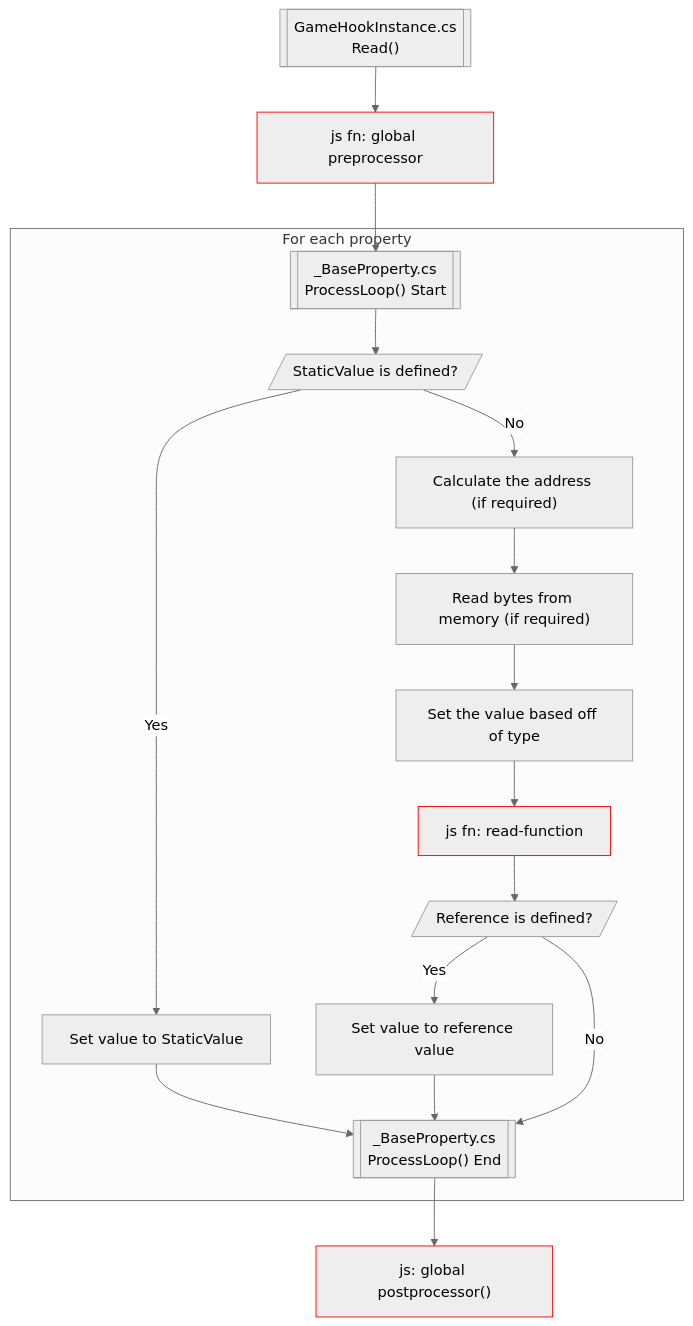
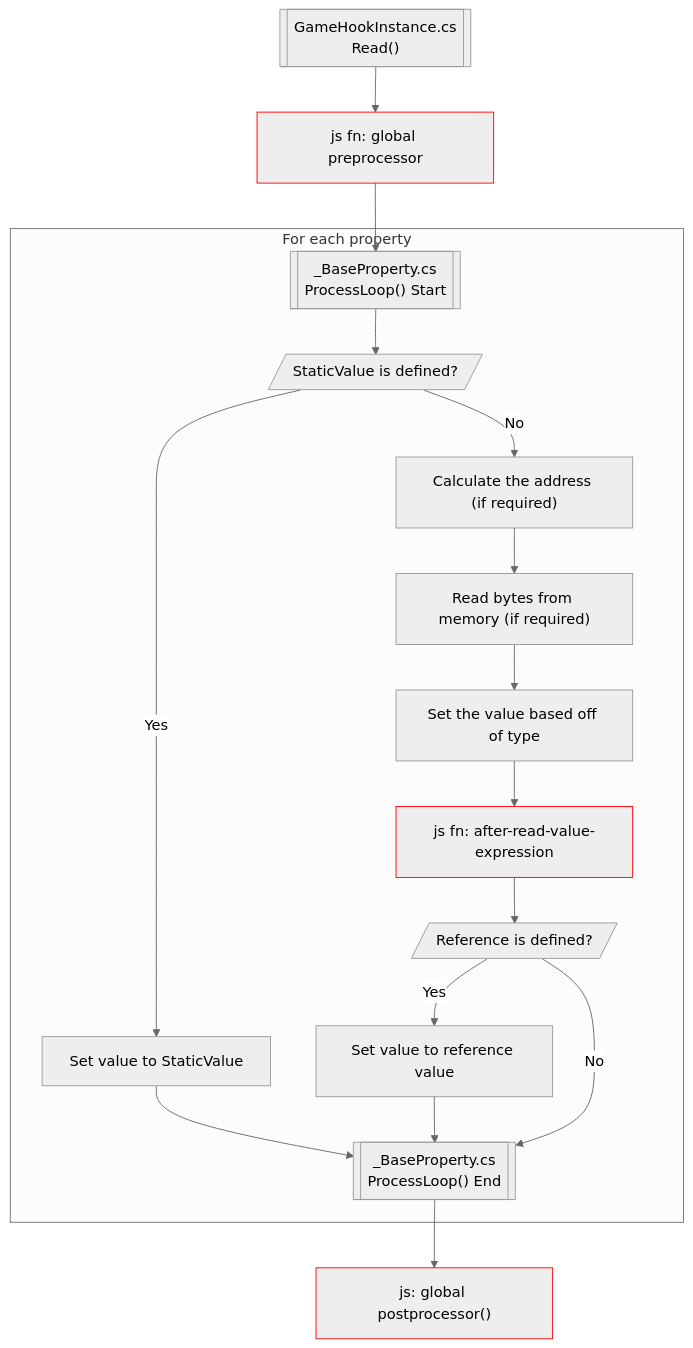
Before and after one commit to waielal/gamehook: the diagram in docs/read-property.md, drawn with Mermaid (neutral theme). The commit also changed 2 other files, not shown here.

Commit message:
Fixed more tests. Updated documentation.

````diff
--- a/docs/read-property.md
+++ b/docs/read-property.md
@@ -1,28 +1,28 @@
 ```mermaid
 %% Read
 flowchart TB
     classDef js stroke:#f00
 
     StartRead[["GameHookInstance.cs\nRead()"]] -->
     JsGlobalPreprocessor[js fn: global preprocessor]:::js --> StartForEachProperty
     subgraph "For each property"
         StartForEachProperty[["_BaseProperty.cs\nProcessLoop() Start"]] -->
 
         StaticValueQuestion[/StaticValue is defined?/] 
         StaticValueQuestion --> |Yes| StaticValueQuestionY[Set value to StaticValue] --> EndForEachProperty
         StaticValueQuestion --> |No| CalcAddress
         CalcAddress["Calculate the address (if required)"] -->
         ReadBytes["Read bytes from memory (if required)"] -->
 
         ReadValue[Set the value based off of type] -->
-        AfterReadValueExpression[js fn: read-function]:::js -->
+        AfterReadValueExpression[js fn: after-read-value-expression]:::js -->
 
         RefIsDefinedQ[/Reference is defined?/] 
         RefIsDefinedQ --> |Yes| RefIsDefinedQY[Set value to reference value] --> EndForEachProperty
         RefIsDefinedQ --> |No| EndForEachProperty
 
         EndForEachProperty[["_BaseProperty.cs\nProcessLoop() End"]]
     end
     EndForEachProperty --> JsGlobalPostprocessor
     JsGlobalPostprocessor["js: global postprocessor()"]:::js
 ```
````
